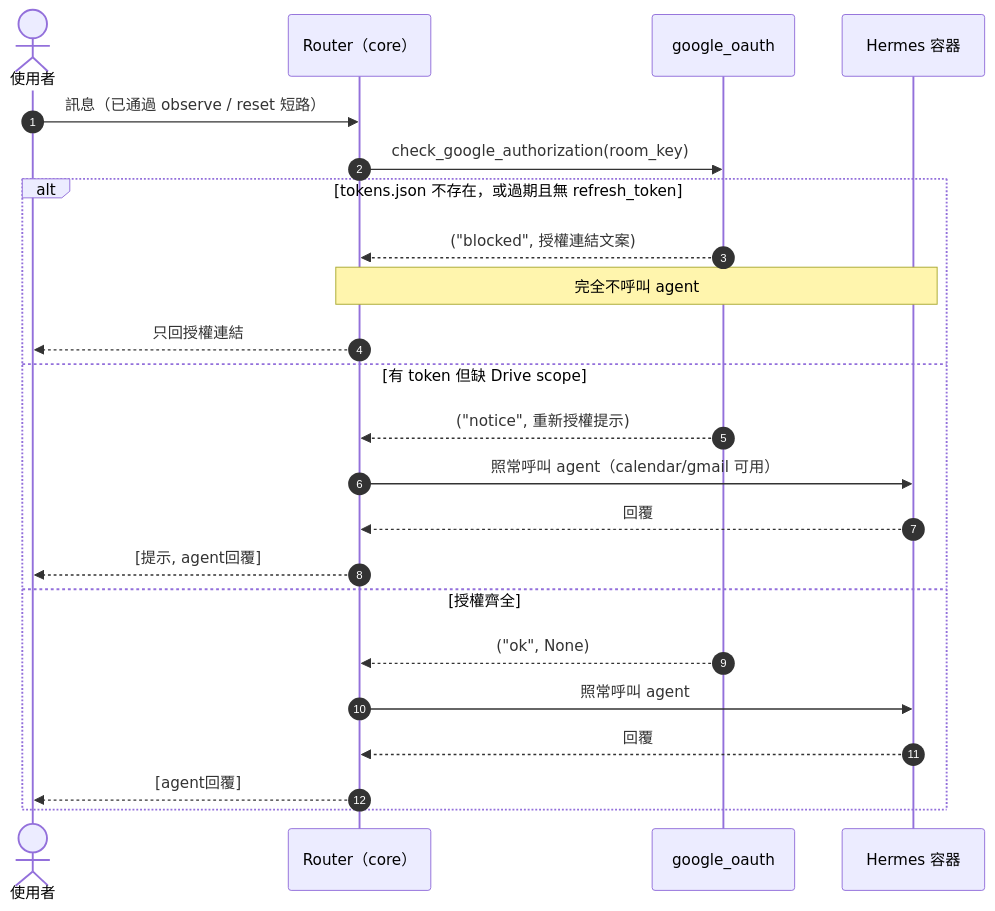
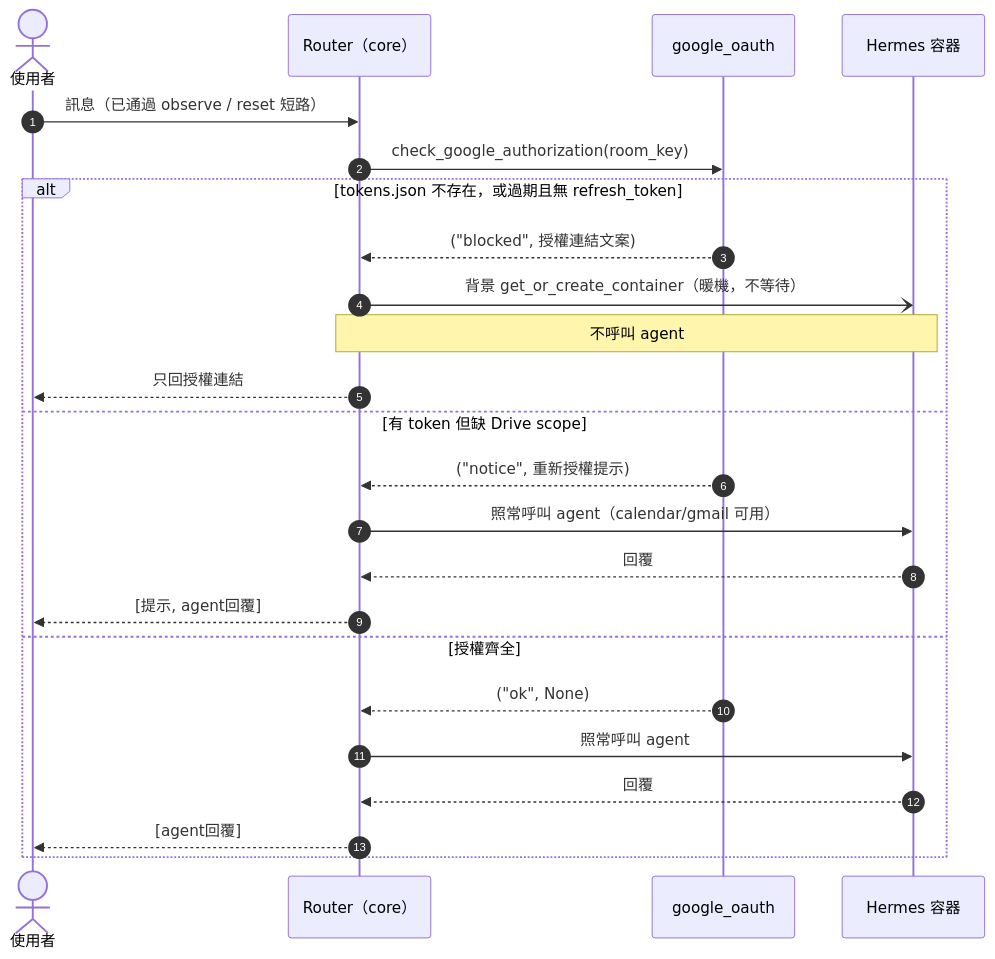
The fifth of 9 diagrams in docs/sequence-diagrams.md (marychouchou/alice-office), drawn with Mermaid before and after one commit. The commit also changed other lines of this file and 11 other files, not shown here.

````diff
--- a/docs/sequence-diagrams.md
+++ b/docs/sequence-diagrams.md
@@ -176,26 +177,27 @@
 ```mermaid
 sequenceDiagram
     autonumber
     actor U as 使用者
     participant R as Router（core）
     participant OA as google_oauth
     participant H as Hermes 容器
 
     U->>R: 訊息（已通過 observe / reset 短路）
     R->>OA: check_google_authorization(room_key)
     alt tokens.json 不存在，或過期且無 refresh_token
         OA-->>R: ("blocked", 授權連結文案)
-        Note over R,H: 完全不呼叫 agent
+        R-)H: 背景 get_or_create_container（暖機，不等待）
+        Note over R,H: 不呼叫 agent
         R-->>U: 只回授權連結
     else 有 token 但缺 Drive scope
         OA-->>R: ("notice", 重新授權提示)
         R->>H: 照常呼叫 agent（calendar/gmail 可用）
         H-->>R: 回覆
         R-->>U: [提示, agent回覆]
     else 授權齊全
         OA-->>R: ("ok", None)
         R->>H: 照常呼叫 agent
         H-->>R: 回覆
         R-->>U: [agent回覆]
     end
 ```
````
